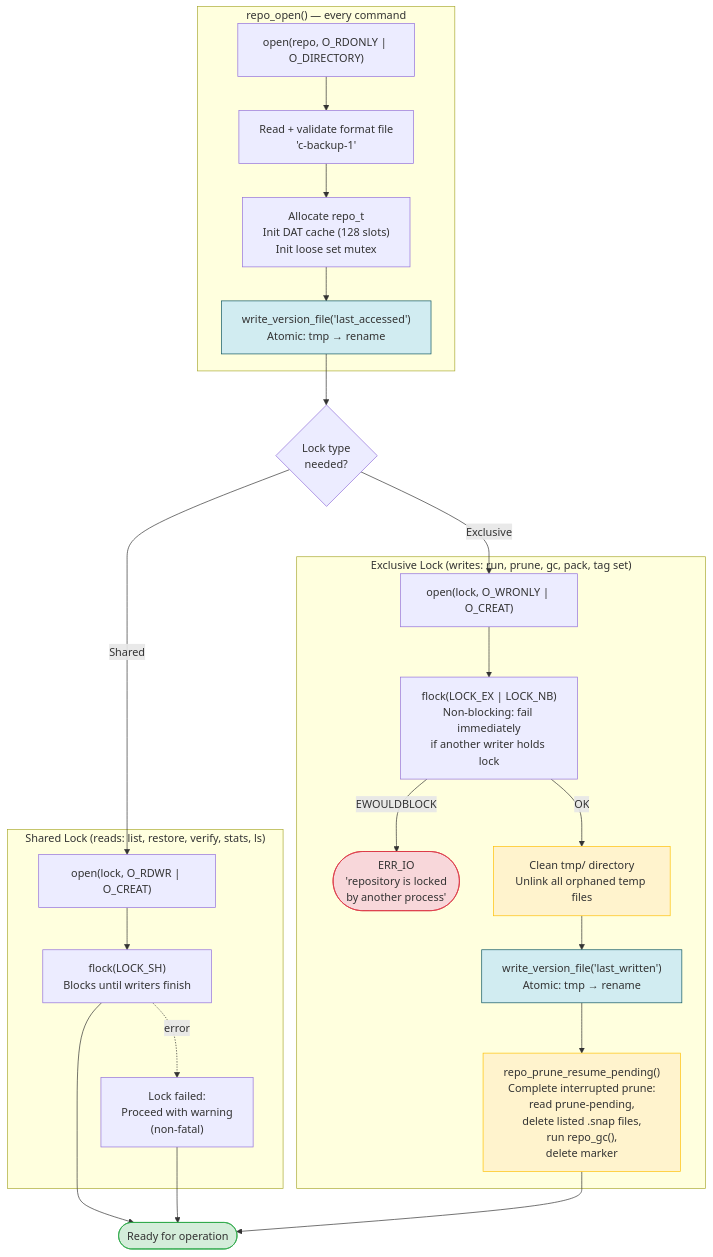
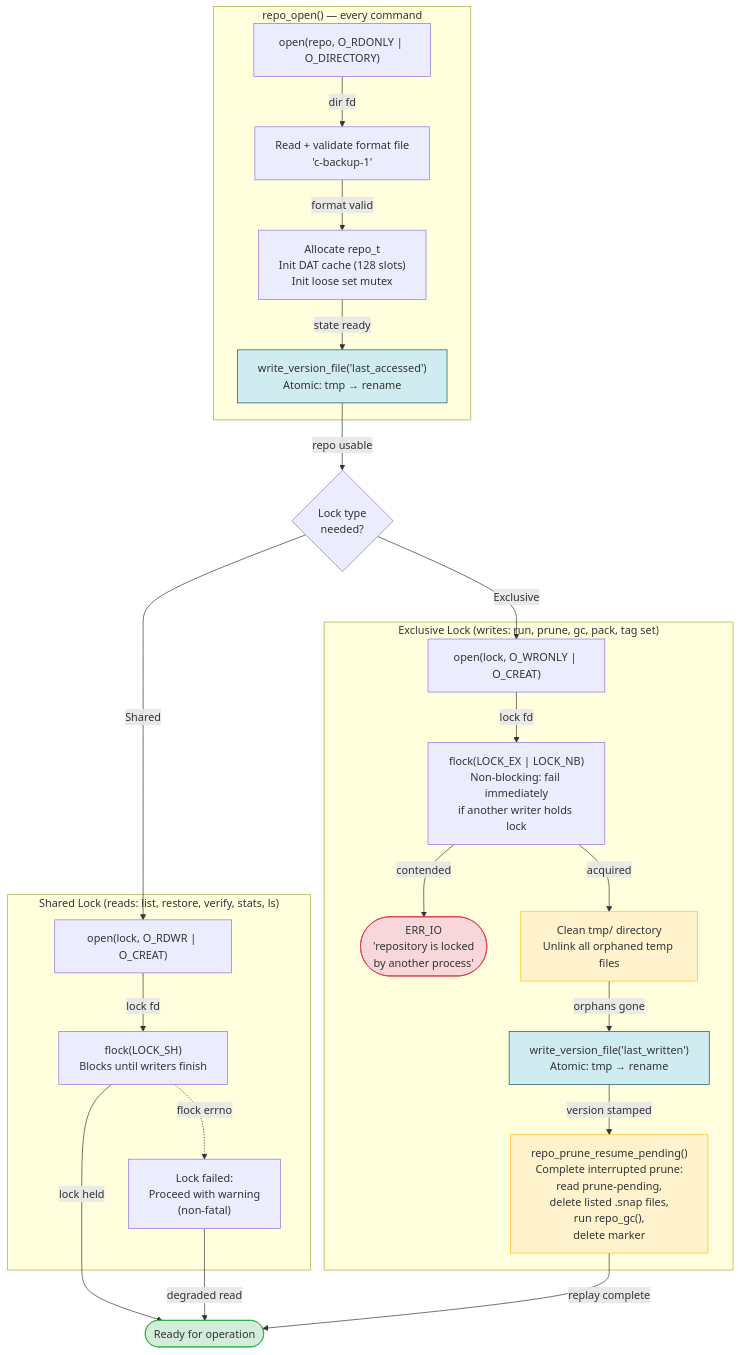
One commit to vifair22/c-backup changed the diagram in diagrams/13-lock-acquisition.md. Above: the diagram before and after it, drawn with Mermaid. The commit also changed 11 other files, not shown here.

````diff
--- a/diagrams/13-lock-acquisition.md
+++ b/diagrams/13-lock-acquisition.md
@@ -5,44 +5,44 @@
 ```mermaid
 flowchart TD
     subgraph "repo_open() — every command"
         OPEN_DIR["open(repo, O_RDONLY | O_DIRECTORY)"]
         CHECK_FMT["Read + validate format file<br/>'c-backup-1'"]
         ALLOC["Allocate repo_t<br/>Init DAT cache (128 slots)<br/>Init loose set mutex"]
         ACCESSED["write_version_file('last_accessed')<br/>Atomic: tmp → rename"]
     end
 
-    OPEN_DIR --> CHECK_FMT --> ALLOC --> ACCESSED
+    OPEN_DIR -->|dir fd| CHECK_FMT -->|format valid| ALLOC -->|state ready| ACCESSED
 
-    ACCESSED --> LOCK_TYPE{"Lock type<br/>needed?"}
+    ACCESSED -->|repo usable| LOCK_TYPE{"Lock type<br/>needed?"}
 
     subgraph "Shared Lock (reads: list, restore, verify, stats, ls)"
         SH_OPEN["open(lock, O_RDWR | O_CREAT)"]
         SH_FLOCK["flock(LOCK_SH)<br/>Blocks until writers finish"]
         SH_FAIL["Lock failed:<br/>Proceed with warning<br/>(non-fatal)"]
     end
 
-    LOCK_TYPE -- "Shared" --> SH_OPEN --> SH_FLOCK
-    SH_FLOCK -. "error" .-> SH_FAIL
-    SH_FLOCK --> READY(["Ready for operation"])
-    SH_FAIL --> READY
+    LOCK_TYPE -- "Shared" --> SH_OPEN -->|lock fd| SH_FLOCK
+    SH_FLOCK -. "flock errno" .-> SH_FAIL
+    SH_FLOCK -->|lock held| READY(["Ready for operation"])
+    SH_FAIL -->|degraded read| READY
 
     subgraph "Exclusive Lock (writes: run, prune, gc, pack, tag set)"
         EX_OPEN["open(lock, O_WRONLY | O_CREAT)"]
         EX_FLOCK["flock(LOCK_EX | LOCK_NB)<br/>Non-blocking: fail immediately<br/>if another writer holds lock"]
         EX_FAIL(["ERR_IO<br/>'repository is locked<br/>by another process'"])
         CLEAN_TMP["Clean tmp/ directory<br/>Unlink all orphaned temp files"]
         WRITTEN["write_version_file('last_written')<br/>Atomic: tmp → rename"]
         PRUNE_RESUME["repo_prune_resume_pending()<br/>Complete interrupted prune:<br/>read prune-pending,<br/>delete listed .snap files,<br/>run repo_gc(),<br/>delete marker"]
     end
 
-    LOCK_TYPE -- "Exclusive" --> EX_OPEN --> EX_FLOCK
-    EX_FLOCK -- "EWOULDBLOCK" --> EX_FAIL
-    EX_FLOCK -- "OK" --> CLEAN_TMP --> WRITTEN --> PRUNE_RESUME --> READY
+    LOCK_TYPE -- "Exclusive" --> EX_OPEN -->|lock fd| EX_FLOCK
+    EX_FLOCK -- "contended" --> EX_FAIL
+    EX_FLOCK -- "acquired" --> CLEAN_TMP -->|orphans gone| WRITTEN -->|version stamped| PRUNE_RESUME -->|replay complete| READY
 
     style ACCESSED fill:#d1ecf1,stroke:#0c5460
     style WRITTEN fill:#d1ecf1,stroke:#0c5460
     style CLEAN_TMP fill:#fff3cd,stroke:#ffc107
     style PRUNE_RESUME fill:#fff3cd,stroke:#ffc107
     style EX_FAIL fill:#f8d7da,stroke:#dc3545
     style READY fill:#d4edda,stroke:#28a745
 ```
````
